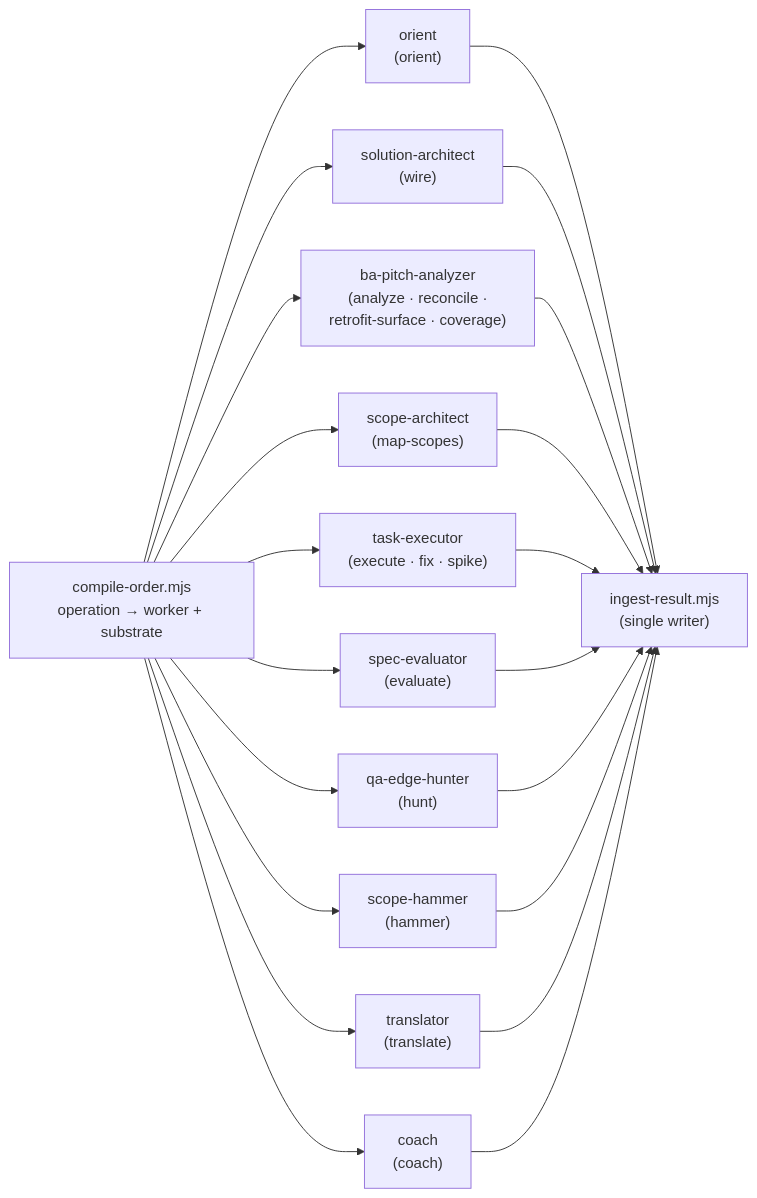
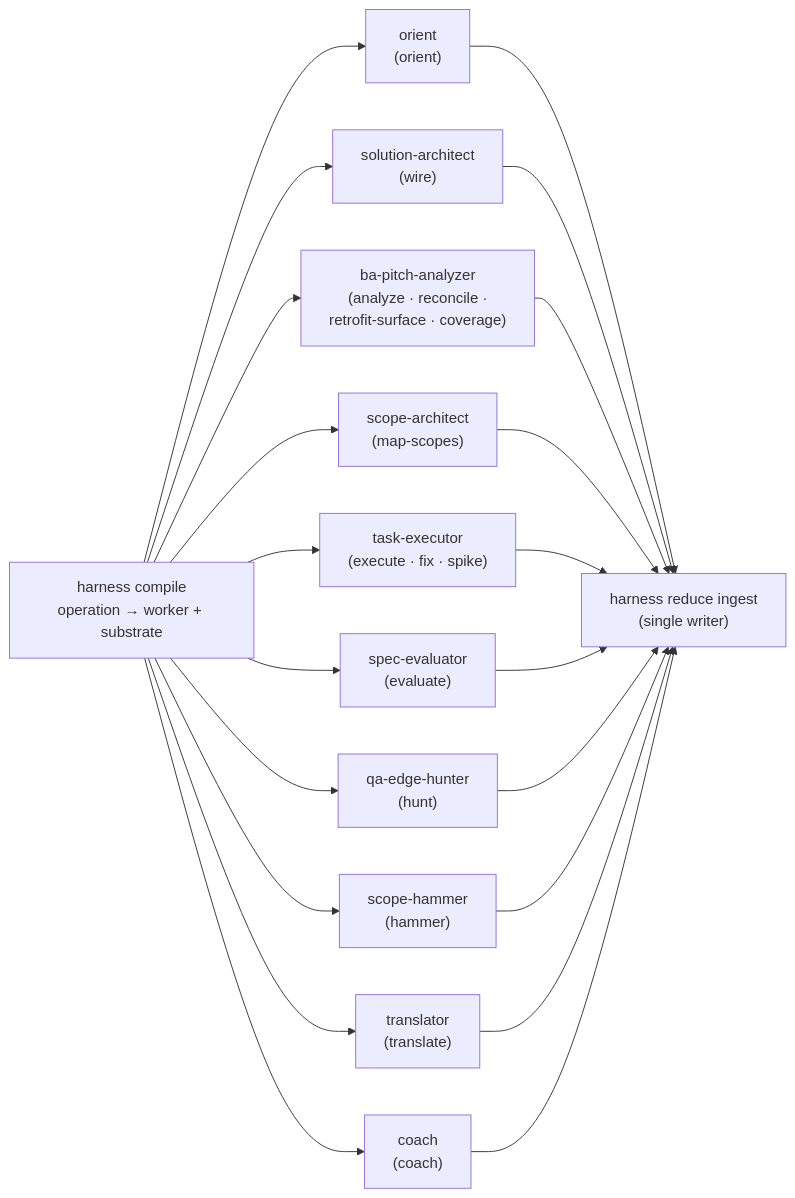
The second of 3 diagrams in docs/design/03-system-design.md (nguyenvanphituoc/shapeup-sdlc-plugin), drawn with Mermaid before and after one commit. The commit also changed other lines of this file and 113 other files, not shown here.

````diff
--- a/docs/design/03-system-design.md
+++ b/docs/design/03-system-design.md
@@ -74,24 +74,24 @@
 ```mermaid
 graph LR
-    CO["compile-order.mjs<br/>operation → worker + substrate"]
+    CO["harness compile<br/>operation → worker + substrate"]
     CO --> ORI["orient<br/>(orient)"]
     CO --> SA["solution-architect<br/>(wire)"]
     CO --> BA["ba-pitch-analyzer<br/>(analyze · reconcile ·<br/>retrofit-surface · coverage)"]
     CO --> SC["scope-architect<br/>(map-scopes)"]
     CO --> TE["task-executor<br/>(execute · fix · spike)"]
     CO --> SE["spec-evaluator<br/>(evaluate)"]
     CO --> QA["qa-edge-hunter<br/>(hunt)"]
     CO --> SH["scope-hammer<br/>(hammer)"]
     CO --> TR["translator<br/>(translate)"]
     CO --> CH["coach<br/>(coach)"]
-    ORI --> IR["ingest-result.mjs<br/>(single writer)"]
+    ORI --> IR["harness reduce ingest<br/>(single writer)"]
     SA --> IR
     BA --> IR
     SC --> IR
     TE --> IR
     SE --> IR
     QA --> IR
     SH --> IR
     TR --> IR
     CH --> IR
 ```
````
